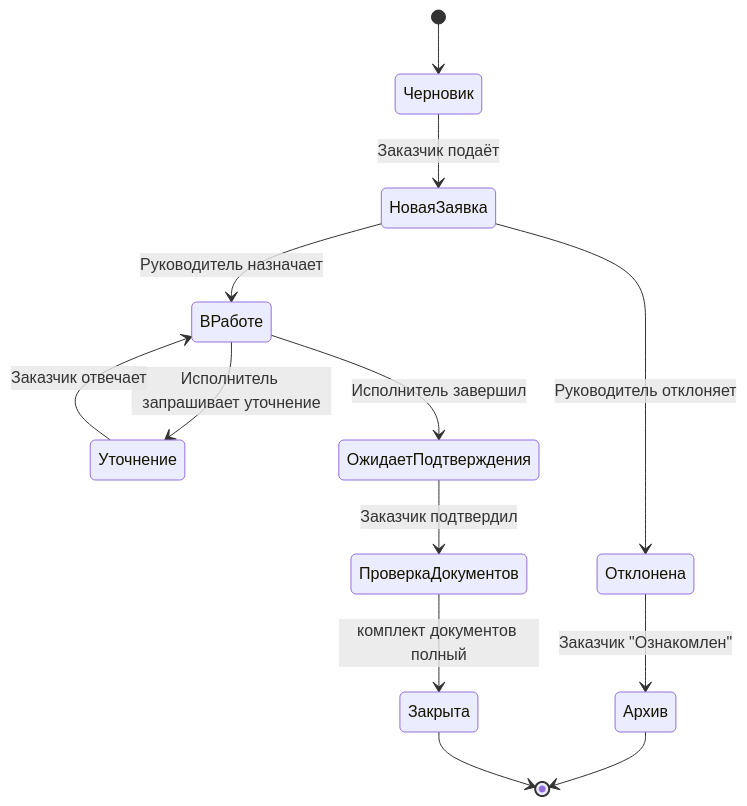
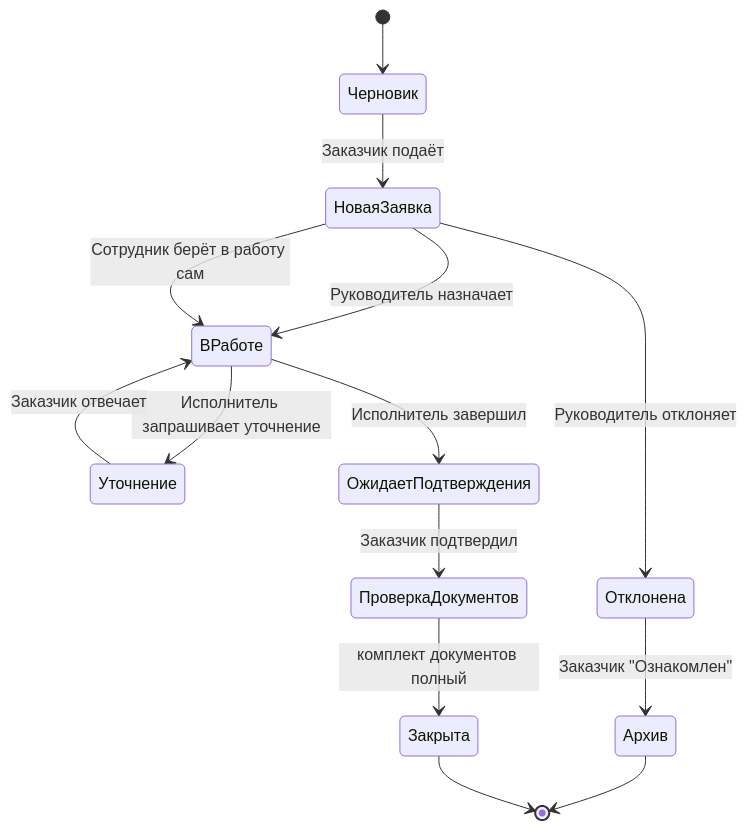
The diagram in 01. Процессы/01. Жизненный цикл заявки.md (srg888/PayTracker_Vault), drawn with Mermaid before and after one commit. The commit also changed other lines of this file and 15 other files, not shown here.

````diff
--- a/01. Процессы/01. Жизненный цикл заявки.md
+++ b/01. Процессы/01. Жизненный цикл заявки.md
@@ -5,17 +5,18 @@
 ```mermaid
 stateDiagram-v2
     [*] --> Черновик
     Черновик --> НоваяЗаявка: Заказчик подаёт
     НоваяЗаявка --> ВРаботе: Руководитель назначает
+    НоваяЗаявка --> ВРаботе: Сотрудник берёт в работу сам
     НоваяЗаявка --> Отклонена: Руководитель отклоняет
     Отклонена --> Архив: Заказчик "Ознакомлен"
     Архив --> [*]
 
     ВРаботе --> Уточнение: Исполнитель запрашивает уточнение
     Уточнение --> ВРаботе: Заказчик отвечает
 
     ВРаботе --> ОжидаетПодтверждения: Исполнитель завершил
     ОжидаетПодтверждения --> ПроверкаДокументов: Заказчик подтвердил
     ПроверкаДокументов --> Закрыта: комплект документов полный
     Закрыта --> [*]
 ```
````
